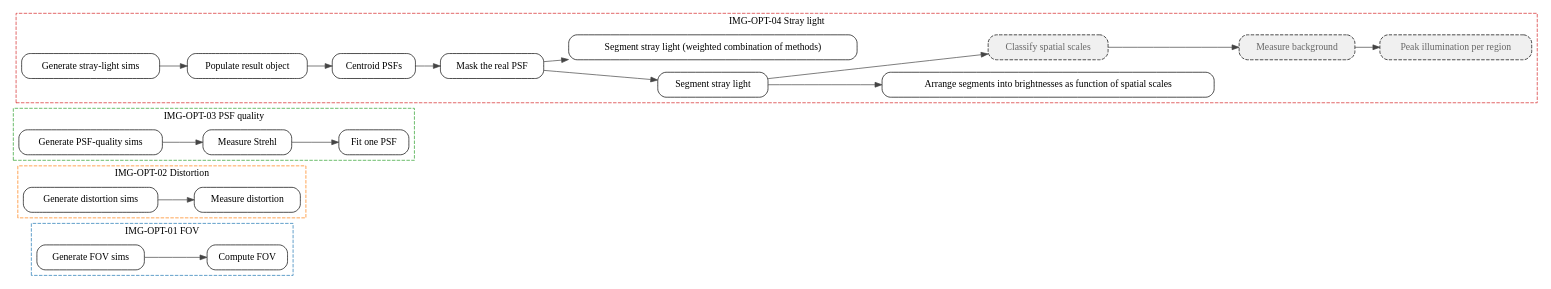
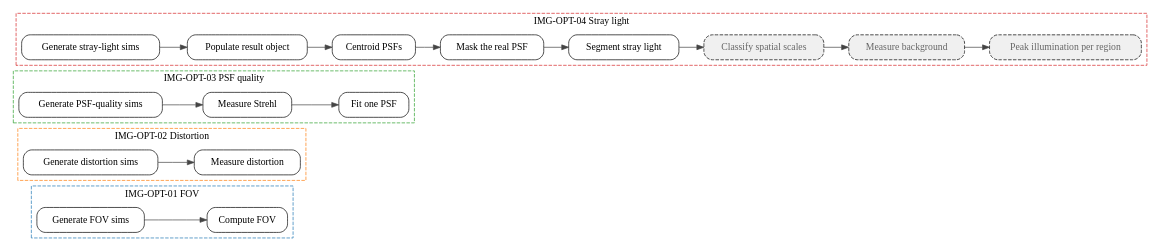
The diagram in docs/uml/pipeline_flow.dot (mwanakijiji/metis_work), drawn with Graphviz before and after one commit. The commit also changed 4 other files, not shown here.

Commit message:
spectrum plot shows all methods

```diff
--- a/docs/uml/pipeline_flow.dot
+++ b/docs/uml/pipeline_flow.dot
@@ -1,78 +1,72 @@
 digraph pipeline {
   rankdir=LR;
   node [shape=box, style="rounded,filled", fillcolor="white"];
   edge [color="#444444"];
 
   subgraph cluster_img_opt_01_fov {
     label="IMG-OPT-01 FOV";
     style="dashed";
     color="#1f77b4";
     generate_fov_sim;
     fov_calc;
   }
 
   subgraph cluster_img_opt_02_distortion {
     label="IMG-OPT-02 Distortion";
     style="dashed";
     color="#ff7f0e";
     generate_distortion_sim;
     image_distortion;
   }
 
   subgraph cluster_img_opt_03_psf_quality {
     label="IMG-OPT-03 PSF quality";
     style="dashed";
     color="#2ca02c";
     generate_psf_quality_sim;
+    strehl_psfs;
     process_one_psf;
-    strehl_psfs;
   }
 
   subgraph cluster_img_opt_04_stray_light {
     label="IMG-OPT-04 Stray light";
     style="dashed";
     color="#d62728";
     generate_stray_light_sim;
     populate_result_obj_info;
-    stray_light_brightness_spectrum;
     centroid_2passes_oversample;
+    stray_light_mask_real;
     stray_light_segmentation;
-    stray_light_segmentation_combined;
-    stray_light_mask_real;
     stray_light_spatial_scales;
     stray_light_background_measurement;
     stray_light_peak_illumination_per_region;
   }
 
   generate_fov_sim [label="Generate FOV sims"];
   generate_distortion_sim [label="Generate distortion sims"];
   generate_psf_quality_sim [label="Generate PSF-quality sims"];
   generate_stray_light_sim [label="Generate stray-light sims"];
   fov_calc [label="Compute FOV"];
   image_distortion [label="Measure distortion"];
+  strehl_psfs [label="Measure Strehl"];
   process_one_psf [label="Fit one PSF"];
-  strehl_psfs [label="Measure Strehl"];
   populate_result_obj_info [label="Populate result object"];
-  stray_light_brightness_spectrum [label="Arrange segments into brightnesses as function of spatial scales"];
   centroid_2passes_oversample [label="Centroid PSFs"];
+  stray_light_mask_real [label="Mask the real PSF"];
   stray_light_segmentation [label="Segment stray light"];
-  stray_light_segmentation_combined [label="Segment stray light (weighted combination of methods)"];
-  stray_light_mask_real [label="Mask the real PSF"];
   stray_light_spatial_scales [label="Classify spatial scales", style="rounded,dashed,filled", fillcolor="#f0f0f0", fontcolor="#666666"];
   stray_light_background_measurement [label="Measure background", style="rounded,dashed,filled", fillcolor="#f0f0f0", fontcolor="#666666"];
   stray_light_peak_illumination_per_region [label="Peak illumination per region", style="rounded,dashed,filled", fillcolor="#f0f0f0", fontcolor="#666666"];
 
   generate_fov_sim -> fov_calc;
   generate_distortion_sim -> image_distortion;
+  generate_psf_quality_sim -> strehl_psfs;
   strehl_psfs -> process_one_psf;
-  generate_psf_quality_sim -> strehl_psfs;
   generate_stray_light_sim -> populate_result_obj_info;
-  stray_light_segmentation -> stray_light_brightness_spectrum;
   populate_result_obj_info -> centroid_2passes_oversample;
+  centroid_2passes_oversample -> stray_light_mask_real;
   stray_light_mask_real -> stray_light_segmentation;
-  stray_light_mask_real -> stray_light_segmentation_combined;
-  centroid_2passes_oversample -> stray_light_mask_real;
   stray_light_segmentation -> stray_light_spatial_scales;
   stray_light_spatial_scales -> stray_light_background_measurement;
   stray_light_background_measurement -> stray_light_peak_illumination_per_region;
 }
```
